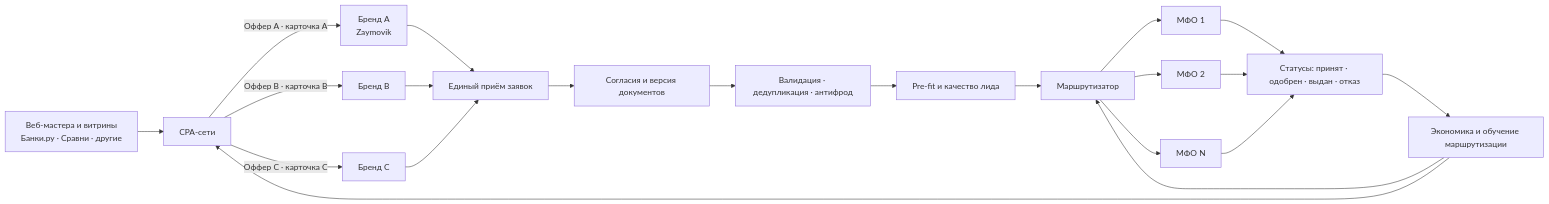
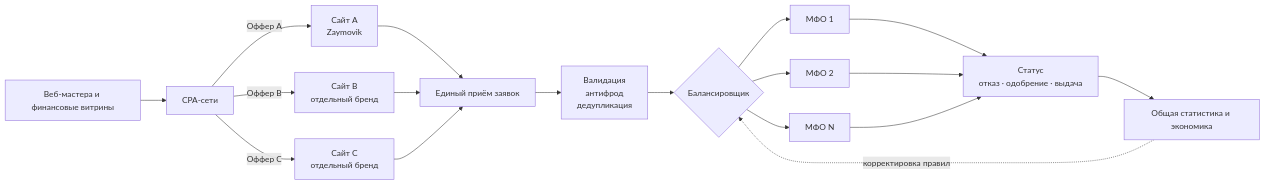
The diagram in business-models/zaymovik-lead-platform.md (g0vn0c0d3r/zaymovik), drawn with Mermaid before and after one commit. The commit also changed other lines of this file, not shown here.

Commit message:
Focus Zaymovik model on CPA core flow

````diff
--- a/business-models/zaymovik-lead-platform.md
+++ b/business-models/zaymovik-lead-platform.md
@@ -36,27 +37,26 @@
 ```mermaid
 flowchart LR
-    W[Веб-мастера и витрины<br/>Банки.ру · Сравни · другие] --> N[CPA-сети]
-    N -->|Оффер A · карточка A| A[Бренд A<br/>Zaymovik]
-    N -->|Оффер B · карточка B| B[Бренд B]
-    N -->|Оффер C · карточка C| C[Бренд C]
+    T[Веб-мастера и финансовые витрины] --> C[CPA-сети]
+
+    C -->|Оффер A| A[Сайт A<br/>Zaymovik]
+    C -->|Оффер B| B[Сайт B<br/>отдельный бренд]
+    C -->|Оффер C| D[Сайт C<br/>отдельный бренд]
 
     A --> I[Единый приём заявок]
     B --> I
-    C --> I
+    D --> I
 
-    I --> K[Согласия и версия документов]
-    K --> D[Валидация · дедупликация · антифрод]
-    D --> S[Pre-fit и качество лида]
-    S --> R[Маршрутизатор]
+    I --> V[Валидация<br/>антифрод<br/>дедупликация]
+    V --> R{Балансировщик}
 
-    R --> P1[МФО 1]
-    R --> P2[МФО 2]
-    R --> P3[МФО N]
+    R --> M1[МФО 1]
+    R --> M2[МФО 2]
+    R --> M3[МФО N]
 
-    P1 --> F[Статусы: принят · одобрен · выдан · отказ]
-    P2 --> F
-    P3 --> F
-    F --> BI[Экономика и обучение маршрутизации]
-    BI --> R
-    BI --> N
+    M1 --> S[Статус<br/>отказ · одобрение · выдача]
+    M2 --> S
+    M3 --> S
+
+    S --> E[Общая статистика и экономика]
+    E -. корректировка правил .-> R
 ```
````
